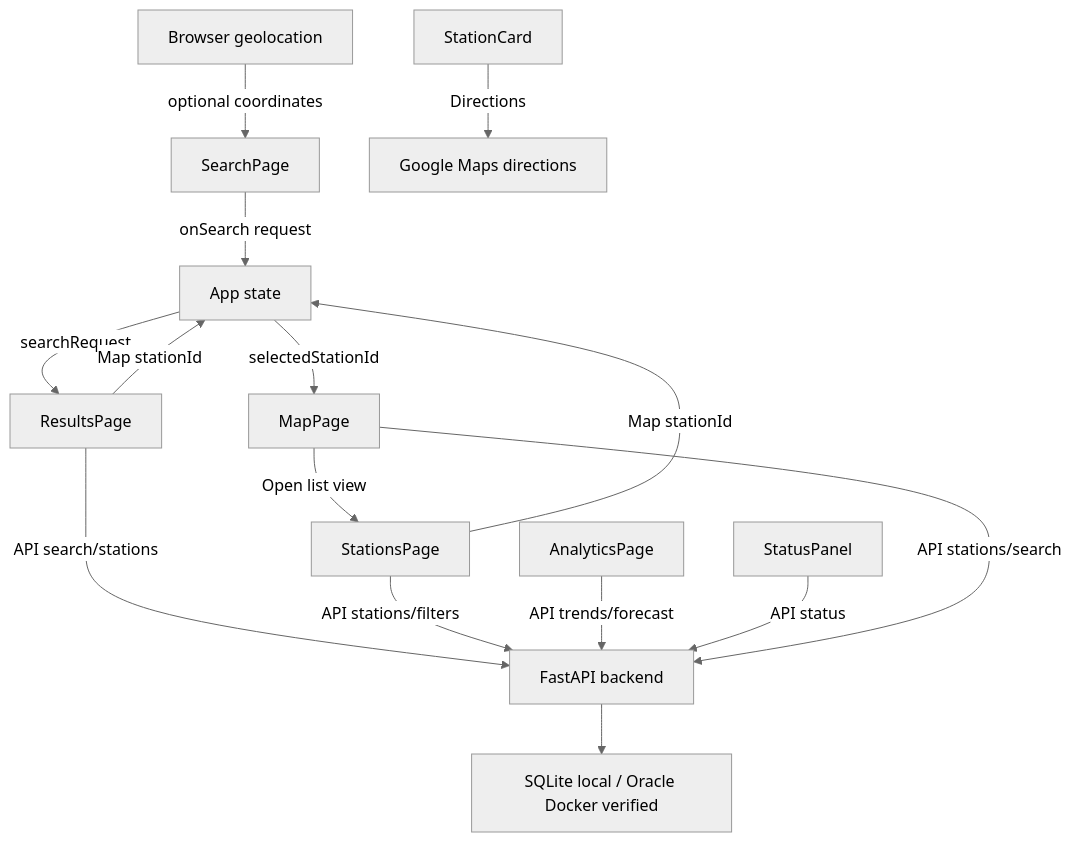
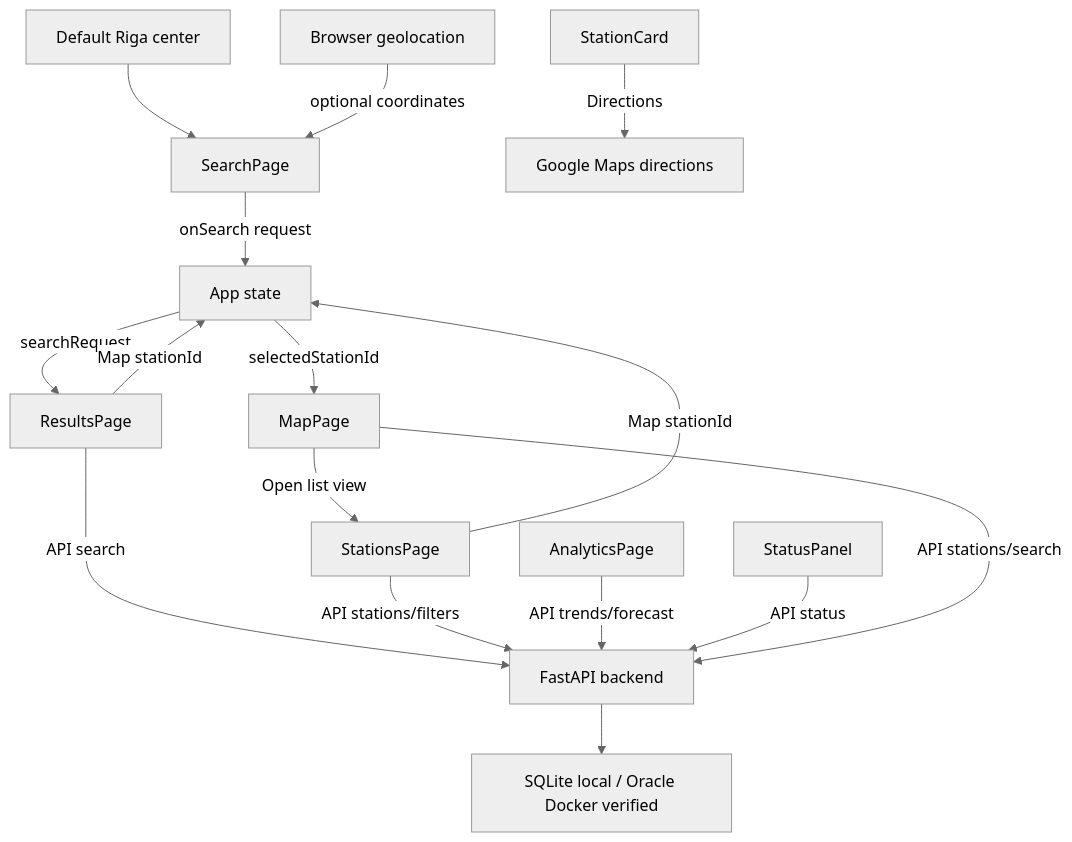
Before and after one commit to Arthemisto/FuelFinder: the first of 2 diagrams in PAGE_FLOW.md, drawn with Mermaid (neutral theme). The commit also changed other lines of this file and 4 other files, not shown here.

````diff
--- a/PAGE_FLOW.md
+++ b/PAGE_FLOW.md
@@ -208,17 +243,18 @@
 ```mermaid
 flowchart TD
+  DefaultRiga["Default Riga center"] --> SearchPage
   BrowserGeolocation["Browser geolocation"] -->|optional coordinates| SearchPage
   SearchPage["SearchPage"] -->|onSearch request| App["App state"]
   App -->|searchRequest| ResultsPage
-  ResultsPage -->|API search/stations| Backend["FastAPI backend"]
+  ResultsPage -->|API search| Backend["FastAPI backend"]
   StationsPage -->|API stations/filters| Backend
   AnalyticsPage -->|API trends/forecast| Backend
   StatusPanel -->|API status| Backend
   MapPage -->|API stations/search| Backend
   Backend --> Database["SQLite local / Oracle Docker verified"]
   ResultsPage -->|Map stationId| App
   StationsPage -->|Map stationId| App
   App -->|selectedStationId| MapPage
   MapPage -->|Open list view| StationsPage
   StationCard -->|Directions| GoogleMaps["Google Maps directions"]
 ```
````
